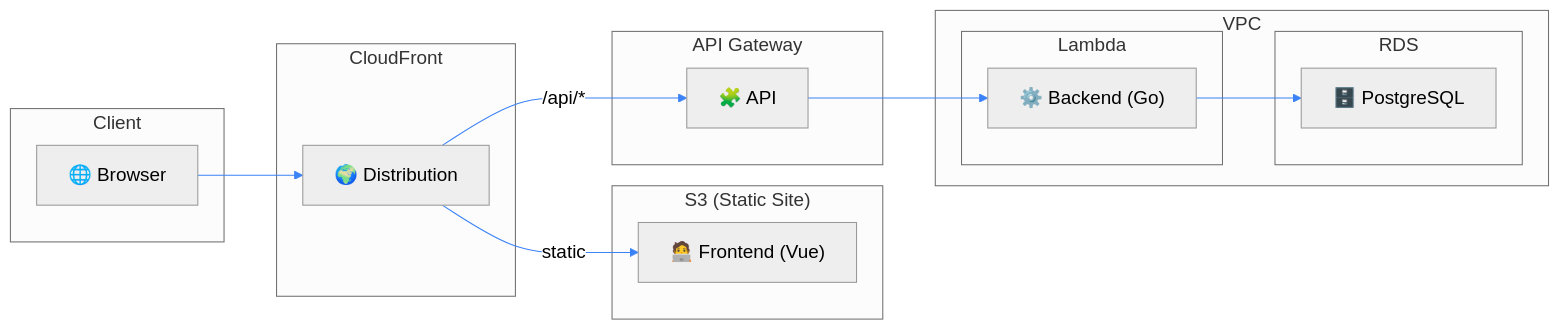
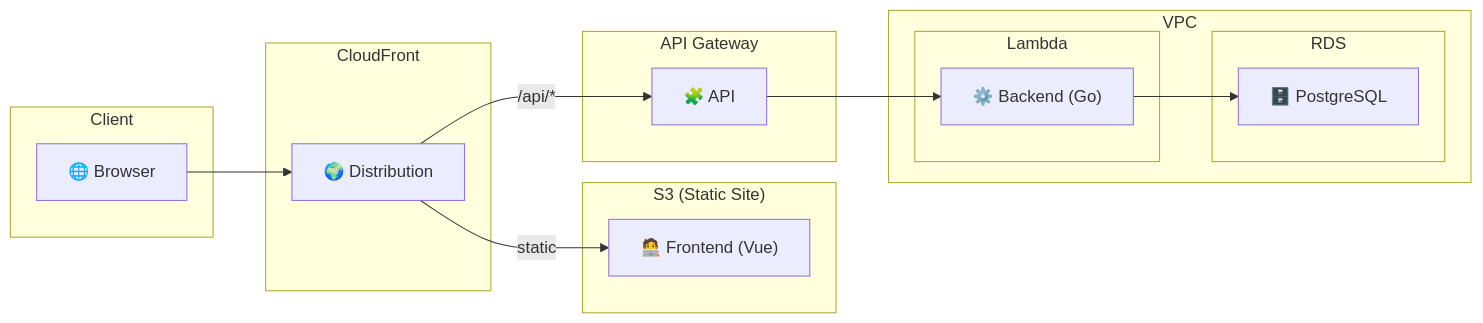
Before and after one commit to santiago-buildit/code-challenge: the diagram in README.md, drawn with Mermaid.

Commit message:
Mermaid styles

````diff
--- a/README.md
+++ b/README.md
@@ -20,51 +20,34 @@
 ```mermaid
-%%{init: {"theme": "neutral", 
-
-  "flowchart": {
-    "nodeSpacing": 50
-  },
-"themeVariables": {
-  "primaryColor": "#ffffff",
-  "edgeLabelBackground": "#ffffff",
-  "primaryTextColor": "#1f2937",
-  "primaryBorderColor": "#444444",
-  "lineColor": "#3b82f6",
-  
-  "fontFamily": "Segoe UI, sans-serif",
-  "fontSize": "18px",
-  "spacing": 90
-}}}%%
-
 flowchart LR
     subgraph CLIENT["Client"]
         User["🌐 Browser"]
     end
 
     subgraph CDN["CloudFront"]
         CF["🌍 Distribution"]
     end
 
     subgraph FRONTEND["S3 (Static Site)"]
         S3["🧑‍💻 Frontend (Vue)"]
     end
 
     subgraph API["API Gateway"]
         APIGW["🧩 API"]
     end
 
     subgraph VPC["VPC"]
         subgraph LAMBDA["Lambda"]
             Lambda["⚙️ Backend (Go)"]
         end
 
         subgraph RDS["RDS"]
             DB["🗄️ PostgreSQL"]
         end
     end
 
     User --> CF
     CF -->|/api/*| APIGW
     CF -->|static| S3
     APIGW --> Lambda
     Lambda --> DB
 ```
````
